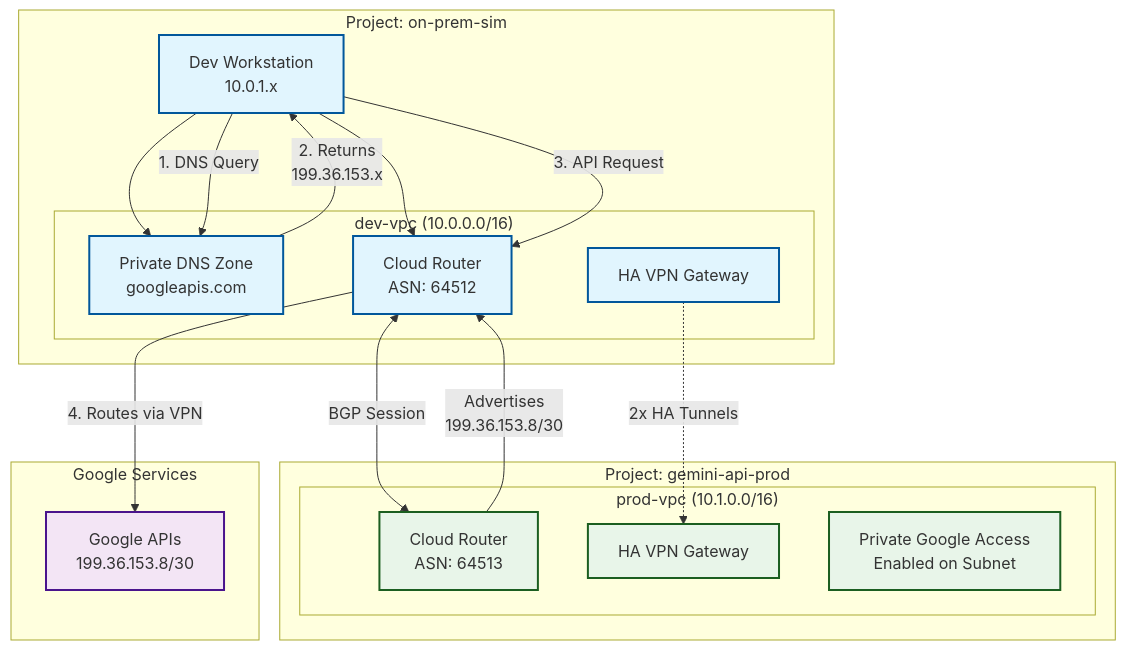
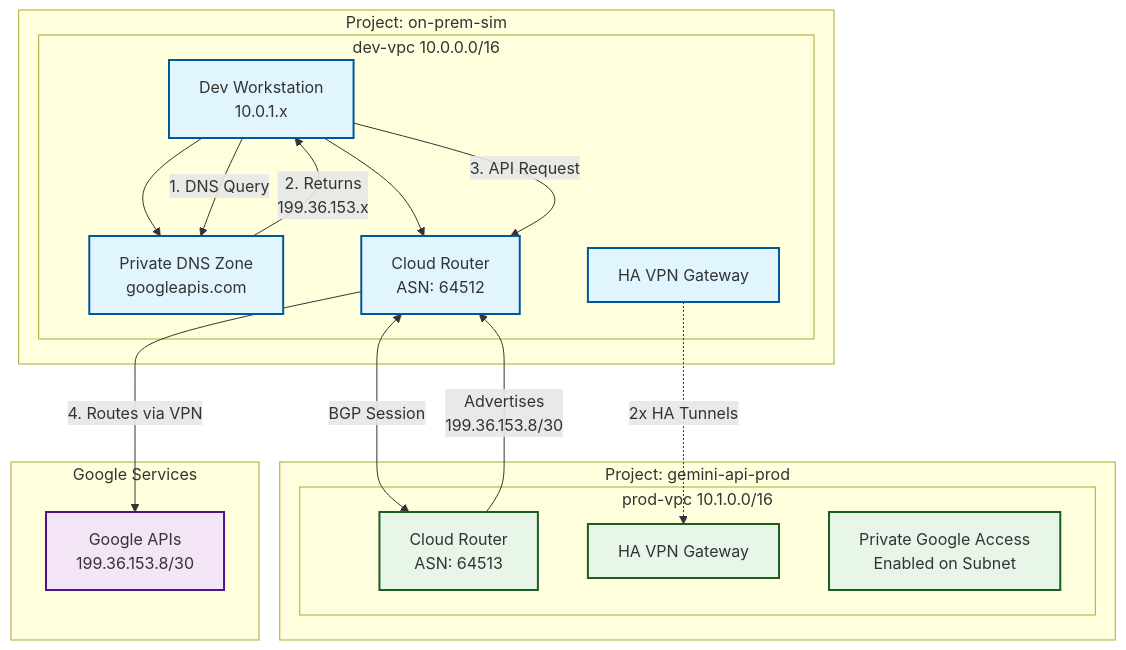
The diagram in README.md (rom2019/gcp-hybrid-network-simulation), drawn with Mermaid before and after one commit.

````diff
--- a/README.md
+++ b/README.md
@@ -19,41 +19,42 @@
 ```mermaid
 graph TB
     subgraph "Project: on-prem-sim"
-        VM[Dev Workstation<br/>10.0.1.x]
-        subgraph "dev-vpc (10.0.0.0/16)"
+        subgraph "dev-vpc 10.0.0.0/16"
+            VM[Dev Workstation<br/>10.0.1.x]
             DNS[Private DNS Zone<br/>googleapis.com]
             CR1[Cloud Router<br/>ASN: 64512]
             VPN1[HA VPN Gateway]
         end
         VM --> DNS
         VM --> CR1
     end
     
     subgraph "Project: gemini-api-prod"
-        subgraph "prod-vpc (10.1.0.0/16)"
+        subgraph "prod-vpc 10.1.0.0/16"
             CR2[Cloud Router<br/>ASN: 64513]
             VPN2[HA VPN Gateway]
             PGA[Private Google Access<br/>Enabled on Subnet]
         end
     end
     
     subgraph "Google Services"
         API[Google APIs<br/>199.36.153.8/30]
     end
     
     VPN1 -.->|2x HA Tunnels| VPN2
     CR1 <-->|BGP Session| CR2
     CR2 -->|Advertises<br/>199.36.153.8/30| CR1
     VM -->|1. DNS Query| DNS
     DNS -->|2. Returns<br/>199.36.153.x| VM
     VM -->|3. API Request| CR1
     CR1 -->|4. Routes via VPN| API
     
-    classDef devClass fill:#e1f5fe,stroke:#01579b,stroke-width:2px
-    classDef prodClass fill:#e8f5e9,stroke:#1b5e20,stroke-width:2px
-    classDef apiClass fill:#f3e5f5,stroke:#4a148c,stroke-width:2px
-    
-    class VM,DNS,CR1,VPN1 devClass
-    class CR2,VPN2,PGA prodClass
-    class API apiClass
+    style VM fill:#e1f5fe,stroke:#01579b,stroke-width:2px
+    style DNS fill:#e1f5fe,stroke:#01579b,stroke-width:2px
+    style CR1 fill:#e1f5fe,stroke:#01579b,stroke-width:2px
+    style VPN1 fill:#e1f5fe,stroke:#01579b,stroke-width:2px
+    style CR2 fill:#e8f5e9,stroke:#1b5e20,stroke-width:2px
+    style VPN2 fill:#e8f5e9,stroke:#1b5e20,stroke-width:2px
+    style PGA fill:#e8f5e9,stroke:#1b5e20,stroke-width:2px
+    style API fill:#f3e5f5,stroke:#4a148c,stroke-width:2px
 ```
````
